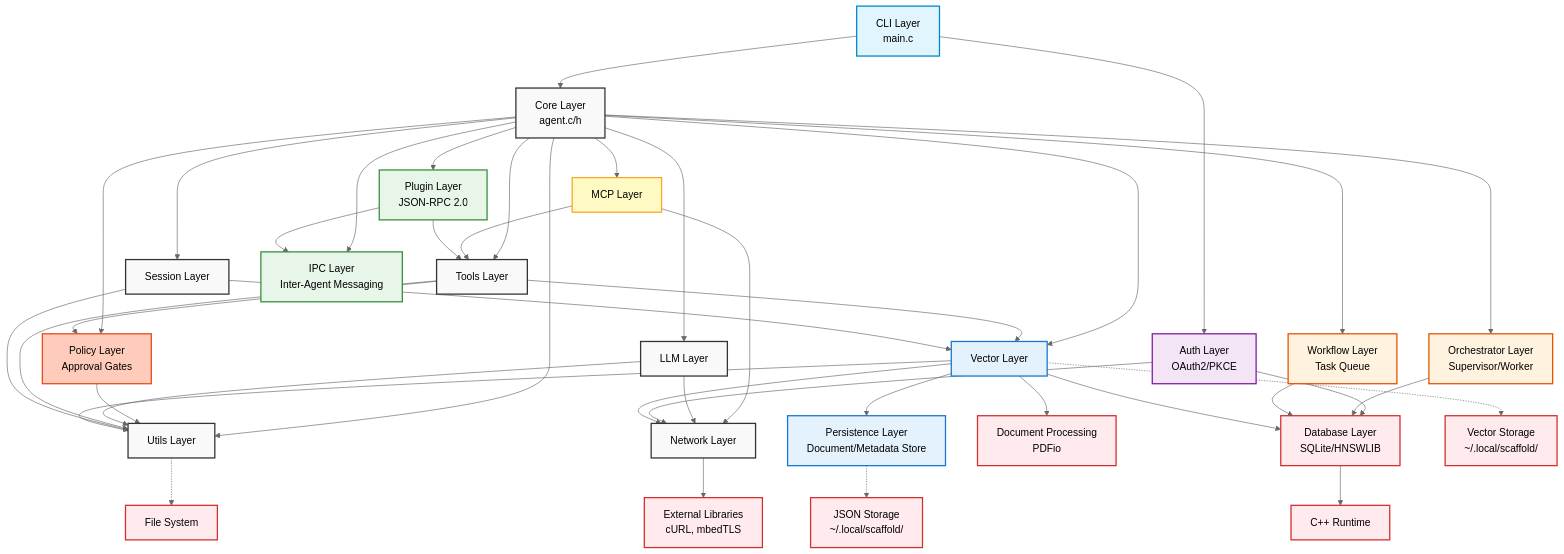
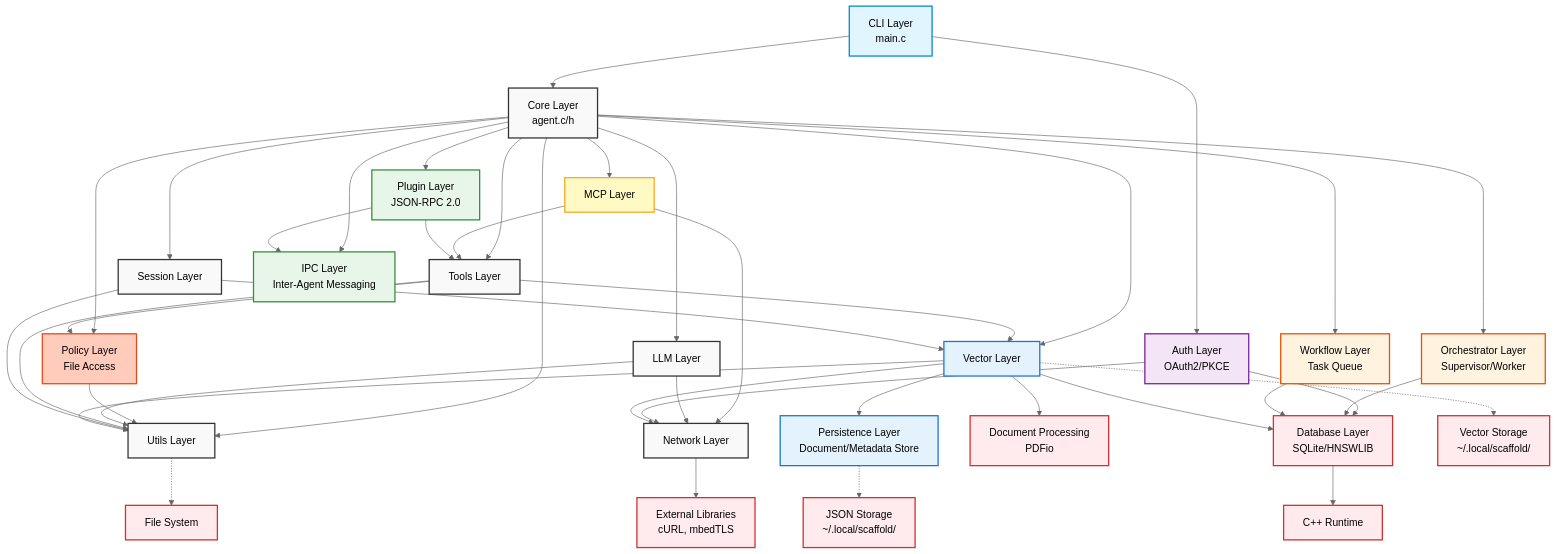
One commit to tgittos/scaffold changed the sixth of 19 diagrams in ARCHITECTURE.md. Above: the diagram before and after it, drawn with Mermaid (neutral theme). The commit also changed other lines of this file and 10 other files, not shown here.

````diff
--- a/ARCHITECTURE.md
+++ b/ARCHITECTURE.md
@@ -292,76 +285,76 @@
 ```mermaid
 graph TB
     Core[Core Layer<br/>agent.c/h] --> LLM[LLM Layer]
     Core --> Tools[Tools Layer]
     Core --> Session[Session Layer]
     Core --> Utils[Utils Layer]
     Core --> Vector[Vector Layer]
     Core --> MCP[MCP Layer]
-    Core --> Policy[Policy Layer<br/>Approval Gates]
+    Core --> Policy[Policy Layer<br/>File Access]
     Core --> Plugin[Plugin Layer<br/>JSON-RPC 2.0]
     Core --> IPC[IPC Layer<br/>Inter-Agent Messaging]
 
     Tools --> Policy
     Policy --> Utils
 
     CLI[CLI Layer<br/>main.c] --> Core
     CLI --> Auth[Auth Layer<br/>OAuth2/PKCE]
 
     MCP --> Network[Network Layer]
     MCP --> Tools
 
     LLM --> Network
     LLM --> Utils
 
     Auth --> Network
     Auth --> DB
 
     Plugin --> IPC
     Plugin --> Tools
 
     Tools --> Utils
     Tools --> Vector
 
     Session --> Utils
     Session --> Vector
 
     Core --> Orchestrator[Orchestrator Layer<br/>Supervisor/Worker]
     Core --> Workflow[Workflow Layer<br/>Task Queue]
     Orchestrator --> DB
     Workflow --> DB
 
     Vector --> Network
     Vector --> Utils
     Vector --> DB[Database Layer<br/>SQLite/HNSWLIB]
     Vector --> Document[Document Processing<br/>PDFio]
     Vector --> Persistence[Persistence Layer<br/>Document/Metadata Store]
 
     Network --> External[External Libraries<br/>cURL, mbedTLS]
     DB --> CPPRuntime[C++ Runtime]
 
     Utils -.-> FileSystem[File System]
     Persistence -.-> JSONStorage[JSON Storage<br/>~/.local/scaffold/]
     Vector -.-> VectorStorage[Vector Storage<br/>~/.local/scaffold/]
 
     classDef layer fill:#f9f9f9,stroke:#333,stroke-width:2px
     classDef vectorLayer fill:#e3f2fd,stroke:#1976d2,stroke-width:2px
     classDef external fill:#ffebee,stroke:#d32f2f,stroke-width:2px
     classDef mcpLayer fill:#fff9c4,stroke:#f9a825,stroke-width:2px
     classDef cliLayer fill:#e1f5fe,stroke:#0288d1,stroke-width:2px
     classDef policyLayer fill:#ffccbc,stroke:#e64a19,stroke-width:2px
     classDef pluginLayer fill:#e8f5e9,stroke:#388e3c,stroke-width:2px
     classDef authLayer fill:#f3e5f5,stroke:#7b1fa2,stroke-width:2px
     classDef orchLayer fill:#fff3e0,stroke:#e65100,stroke-width:2px
 
     class Core,LLM,Tools,Session,Utils,Network layer
     class Policy policyLayer
     class Vector,Persistence vectorLayer
     class External,FileSystem,Database,Document,CPPRuntime,VectorStorage,JSONStorage external
     class MCP mcpLayer
     class CLI cliLayer
     class Plugin pluginLayer
     class Auth authLayer
     class IPC pluginLayer
     class DB external
     class Orchestrator,Workflow orchLayer
 ```
````
